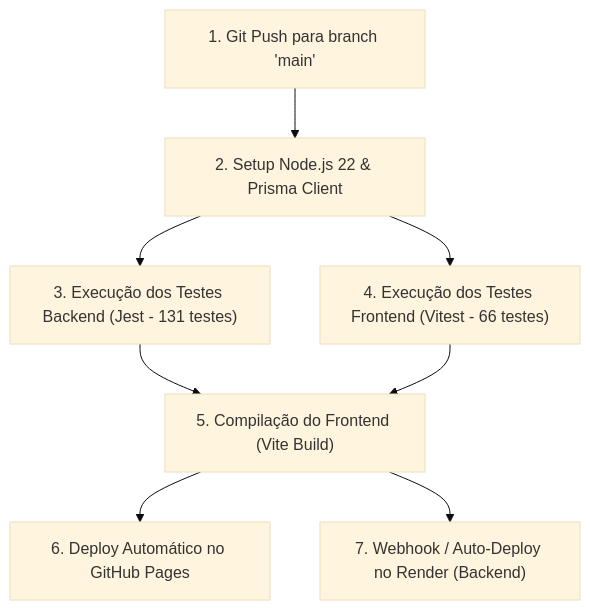
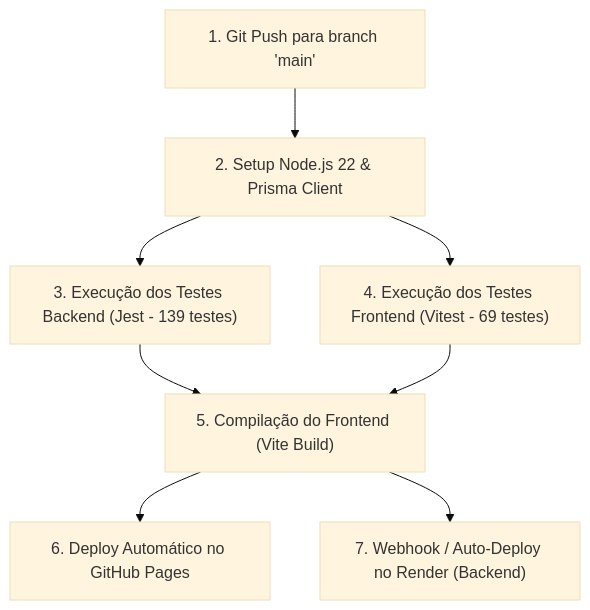
One commit to pfFabio/projeto_teatro changed the diagram in exercicio_3_gestao_devops_mvp.md. Above: the diagram before and after it, drawn with Mermaid (base theme). The commit also changed other lines of this file and 19 other files, not shown here.

````diff
--- a/exercicio_3_gestao_devops_mvp.md
+++ b/exercicio_3_gestao_devops_mvp.md
@@ -172,10 +175,10 @@
 ```mermaid
 flowchart TD
     Push["1. Git Push para branch 'main'"] --> Lint["2. Setup Node.js 22 & Prisma Client"]
-    Lint --> TestBack["3. Execução dos Testes Backend (Jest - 131 testes)"]
-    Lint --> TestFront["4. Execução dos Testes Frontend (Vitest - 66 testes)"]
+    Lint --> TestBack["3. Execução dos Testes Backend (Jest - 139 testes)"]
+    Lint --> TestFront["4. Execução dos Testes Frontend (Vitest - 69 testes)"]
     TestBack --> Build["5. Compilação do Frontend (Vite Build)"]
     TestFront --> Build
     Build --> DeployGH["6. Deploy Automático no GitHub Pages"]
     Build --> DeployRender["7. Webhook / Auto-Deploy no Render (Backend)"]
 ```
````
